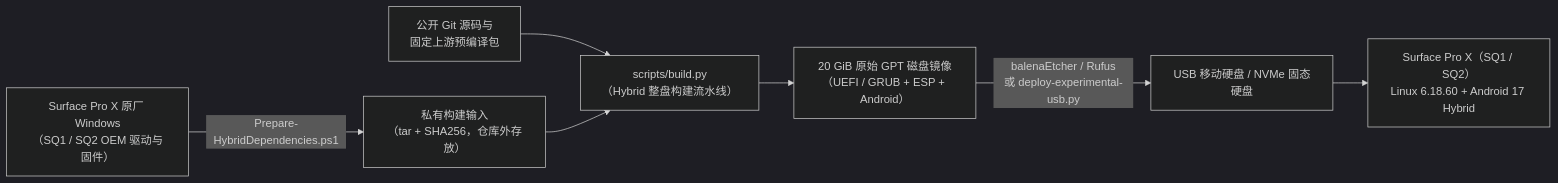
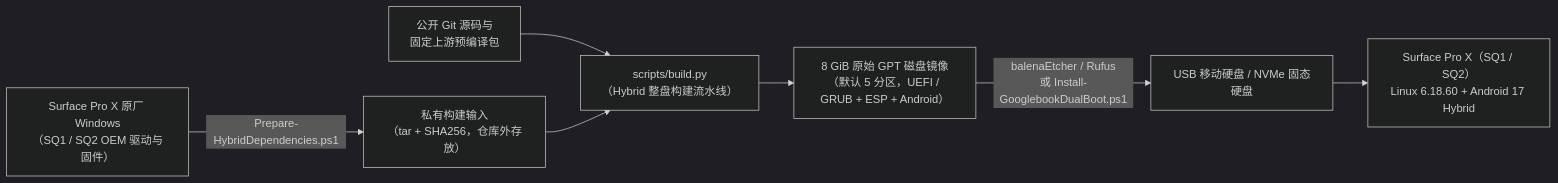
One commit to lhf1a/googlebookos_surface_pro_x changed the diagram in README.zh-CN.md. Above: the diagram before and after it, drawn with Mermaid (dark theme). The commit also changed other lines of this file and 20 other files, not shown here.

````diff
--- a/README.zh-CN.md
+++ b/README.zh-CN.md
@@ -43,9 +57,9 @@
 ```mermaid
 flowchart LR
     A["Surface Pro X 原厂 Windows<br/>（SQ1 / SQ2 OEM 驱动与固件）"] -->|Prepare-HybridDependencies.ps1| B["私有构建输入<br/>（tar + SHA256，仓库外存放）"]
     C["公开 Git 源码与<br/>固定上游预编译包"] --> D["scripts/build.py<br/>（Hybrid 整盘构建流水线）"]
     B --> D
-    D --> E["20 GiB 原始 GPT 磁盘镜像<br/>（UEFI / GRUB + ESP + Android）"]
-    E -->|balenaEtcher / Rufus<br/>或 deploy-experimental-usb.py| F["USB 移动硬盘 / NVMe 固态硬盘"]
+    D --> E["8 GiB 原始 GPT 磁盘镜像<br/>（默认 5 分区，UEFI / GRUB + ESP + Android）"]
+    E -->|balenaEtcher / Rufus<br/>或 Install-GooglebookDualBoot.ps1| F["USB 移动硬盘 / NVMe 固态硬盘"]
     F --> G["Surface Pro X（SQ1 / SQ2）<br/>Linux 6.18.60 + Android 17 Hybrid"]
 ```
````
